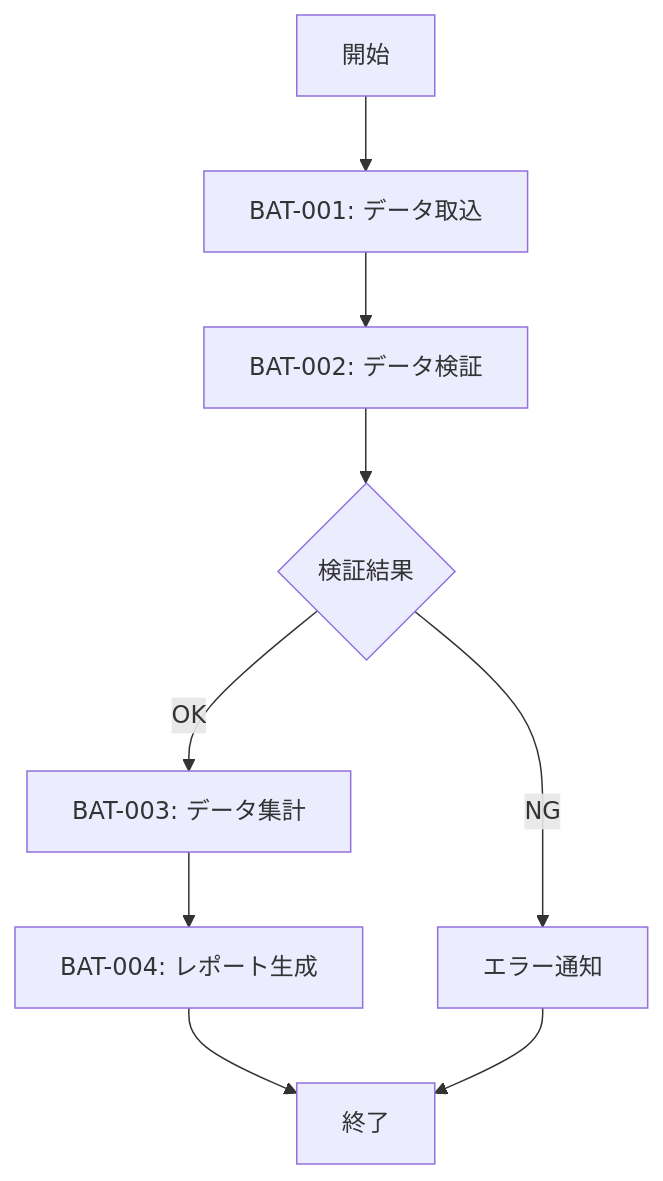
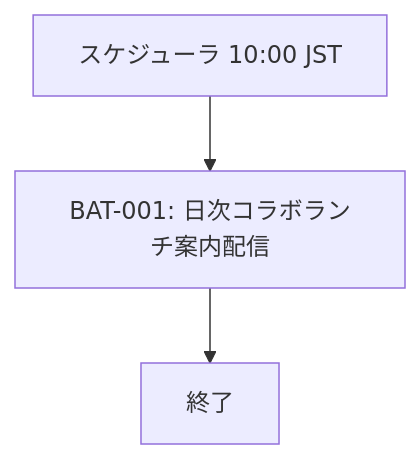
One commit to ml-kimura/luncher changed the diagram in docs/specs/docs/ja/1.0.0/batch/flow/daily.md. Above: the diagram before and after it, drawn with Mermaid. The commit also changed other lines of this file and 43 other files, not shown here.

First line of the commit message:
chore: update db schema artifacts and spec documents

````diff
--- a/docs/specs/docs/ja/1.0.0/batch/flow/daily.md
+++ b/docs/specs/docs/ja/1.0.0/batch/flow/daily.md
@@ -27,11 +27,5 @@
 ```mermaid
 flowchart TD
-    Start[開始] --> B001[BAT-001: データ取込]
-    B001 --> B002[BAT-002: データ検証]
-    B002 --> Check{検証結果}
-    Check -->|OK| B003[BAT-003: データ集計]
-    Check -->|NG| Error[エラー通知]
-    B003 --> B004[BAT-004: レポート生成]
-    B004 --> End[終了]
-    Error --> End
+  Start[スケジューラ 10:00 JST] --> B001[BAT-001: 日次コラボランチ案内配信]
+  B001 --> End[終了]
 ```
````
